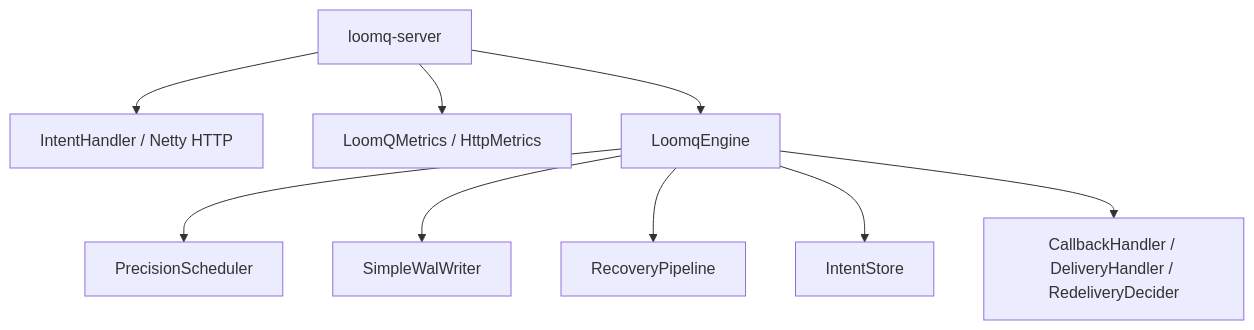
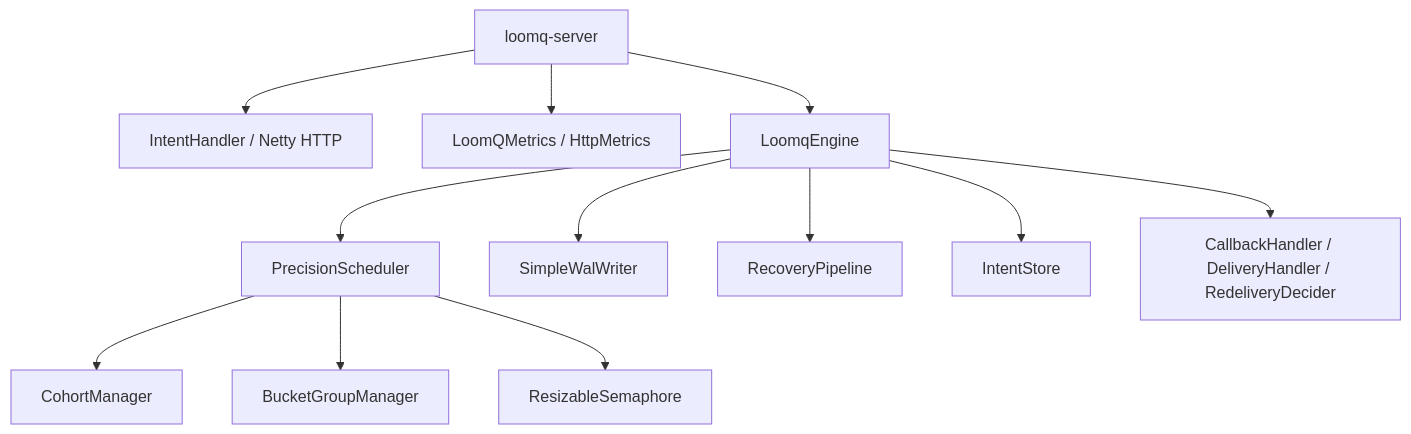
Before and after one commit to xuyuchen9/Loomq: the first of 2 diagrams in docs/development/ARCHITECTURE.md, drawn with Mermaid. The commit also changed other lines of this file and 70 other files, not shown here.

````diff
--- a/docs/development/ARCHITECTURE.md
+++ b/docs/development/ARCHITECTURE.md
@@ -7,12 +7,16 @@
 ```mermaid
 flowchart TB
     Server["loomq-server"] --> Api["IntentHandler / Netty HTTP"]
     Server --> Metrics["LoomQMetrics / HttpMetrics"]
     Server --> Engine["LoomqEngine"]
 
     Engine --> Scheduler["PrecisionScheduler"]
     Engine --> Wal["SimpleWalWriter"]
     Engine --> Recovery["RecoveryPipeline"]
     Engine --> Store["IntentStore"]
     Engine --> SPI["CallbackHandler / DeliveryHandler / RedeliveryDecider"]
+
+    Scheduler --> Cohort["CohortManager"]
+    Scheduler --> Buckets["BucketGroupManager"]
+    Scheduler --> Semaphore["ResizableSemaphore"]
 ```
````
